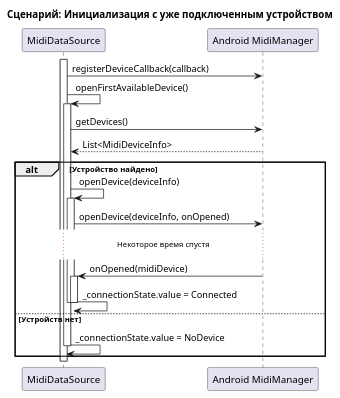
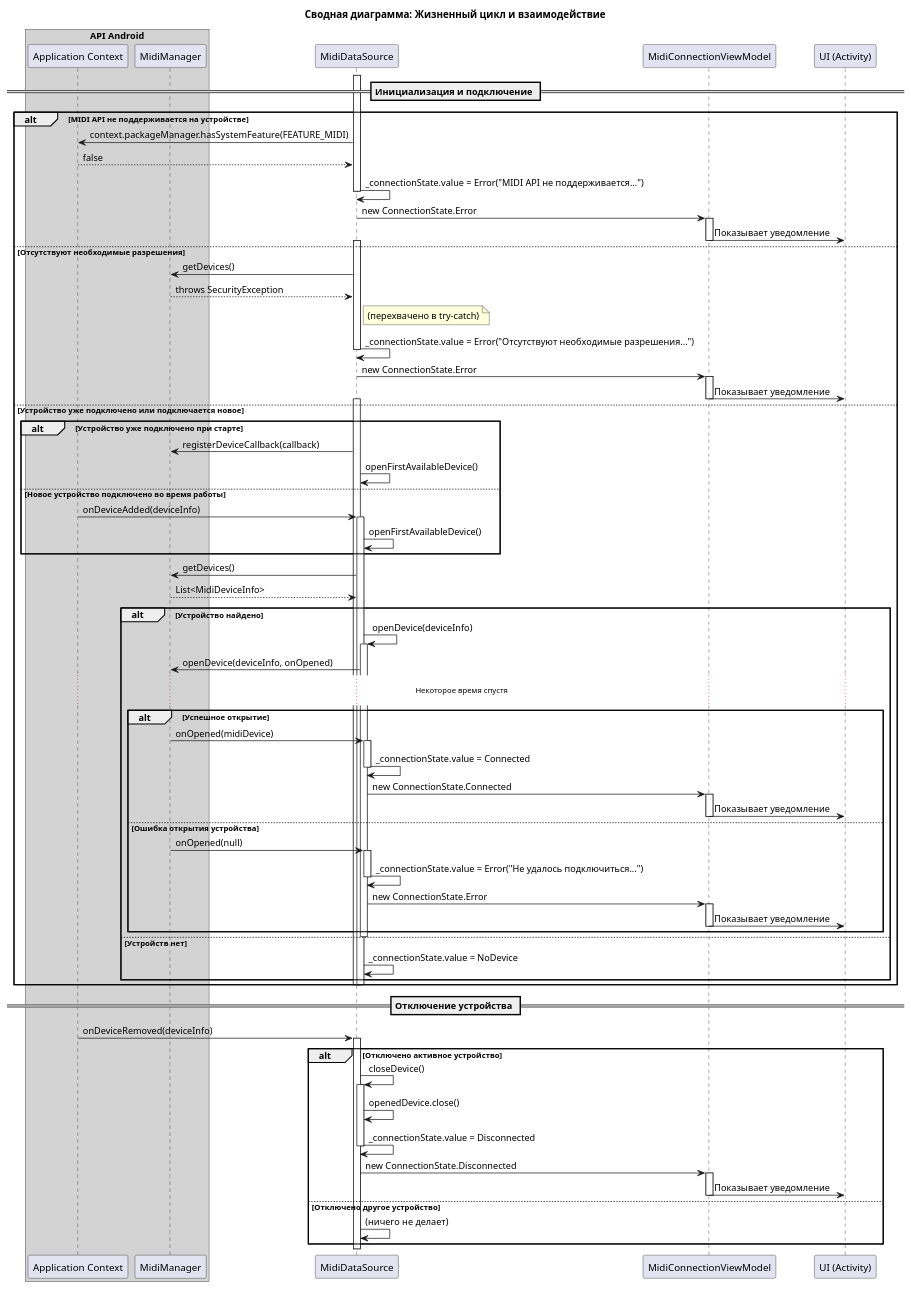
One commit to astrizhachuk/PianoFlow changed the third of 3 diagrams in docs/ts/MIDI_CONNECTION.md. Above: the diagram before and after it, drawn with PlantUML. The commit also changed other lines of this file, not shown here.

Commit message:
docs: обновить документацию и диаграммы для `MidiDataSource`

````diff
--- a/docs/ts/MIDI_CONNECTION.md
+++ b/docs/ts/MIDI_CONNECTION.md
@@ -208,35 +208,114 @@
 ```plantuml
 @startuml
-title Сценарий: Инициализация с уже подключенным устройством
+title Сводная диаграмма: Жизненный цикл и взаимодействие
+
+box "API Android" #LightGray
+    participant "Application Context" as System
+    participant "MidiManager" as MidiManager
+end box
 
 participant "MidiDataSource" as DS
-participant "Android MidiManager" as MidiManager
+participant "MidiConnectionViewModel" as VM
+participant "UI (Activity)" as UI
 
-activate DS
-DS -> MidiManager : registerDeviceCallback(callback)
-DS -> DS : openFirstAvailableDevice()
+== Инициализация и подключение ==
+
+alt MIDI API не поддерживается на устройстве
+    activate DS
+    DS -> System : context.packageManager.hasSystemFeature(FEATURE_MIDI)
+    System --> DS : false
+    DS -> DS : _connectionState.value = Error("MIDI API не поддерживается...")
+    deactivate DS
+    
+    DS -> VM : new ConnectionState.Error
+    activate VM
+    VM -> UI : Показывает уведомление
+    deactivate VM
+
+else Отсутствуют необходимые разрешения
+    activate DS
+    DS -> MidiManager : getDevices()
+    MidiManager --> DS : throws SecurityException
+    note right of DS : (перехвачено в try-catch)
+    DS -> DS : _connectionState.value = Error("Отсутствуют необходимые разрешения...")
+    deactivate DS
+
+    DS -> VM : new ConnectionState.Error
+    activate VM
+    VM -> UI : Показывает уведомление
+    deactivate VM
+
+else Устройство уже подключено или подключается новое
+    alt Устройство уже подключено при старте
+        activate DS
+        DS -> MidiManager : registerDeviceCallback(callback)
+        DS -> DS : openFirstAvailableDevice()
+    else Новое устройство подключено во время работы
+        System -> DS : onDeviceAdded(deviceInfo)
+        activate DS
+        DS -> DS: openFirstAvailableDevice()
+    end
+    
+    activate DS
+    DS -> MidiManager : getDevices()
+    MidiManager --> DS : List<MidiDeviceInfo>
+    
+    alt Устройство найдено
+        DS -> DS : openDevice(deviceInfo)
+        activate DS
+        DS -> MidiManager : openDevice(deviceInfo, onOpened)
+        
+        ...Некоторое время спустя...
+        
+        alt Успешное открытие
+            MidiManager -> DS : onOpened(midiDevice)
+            activate DS
+            DS -> DS : _connectionState.value = Connected
+            deactivate DS
+            
+            DS -> VM : new ConnectionState.Connected
+            activate VM
+            VM -> UI : Показывает уведомление
+            deactivate VM
+            
+        else Ошибка открытия устройства
+            MidiManager -> DS : onOpened(null)
+            activate DS
+            DS -> DS : _connectionState.value = Error("Не удалось подключиться...")
+            deactivate DS
+            
+            DS -> VM : new ConnectionState.Error
+            activate VM
+            VM -> UI : Показывает уведомление
+            deactivate VM
+        end
+        deactivate DS
+        
+    else Устройств нет
+        DS -> DS : _connectionState.value = NoDevice
+    end
+    deactivate DS
+    deactivate DS
+
+end
+
+== Отключение устройства ==
+System -> DS : onDeviceRemoved(deviceInfo)
 activate DS
 
-DS -> MidiManager : getDevices()
-MidiManager --> DS : List<MidiDeviceInfo>
+alt Отключено активное устройство
+    DS -> DS : closeDevice()
+    activate DS
+    DS -> DS : openedDevice.close()
+    DS -> DS : _connectionState.value = Disconnected
+    deactivate DS
 
-alt Устройство найдено
-    DS -> DS : openDevice(deviceInfo)
-    activate DS
-    
-    DS -> MidiManager : openDevice(deviceInfo, onOpened)
-    
-    ...Некоторое время спустя...
-    
-    MidiManager -> DS : onOpened(midiDevice)
-    activate DS
-    DS -> DS : _connectionState.value = Connected
-    deactivate DS
-    
-    deactivate DS
-else Устройств нет
-    DS -> DS : _connectionState.value = NoDevice
-    deactivate DS
+    DS -> VM : new ConnectionState.Disconnected
+    activate VM
+    VM -> UI : Показывает уведомление
+    deactivate VM
+else Отключено другое устройство
+    DS -> DS : (ничего не делает)
 end
 
 deactivate DS
````
